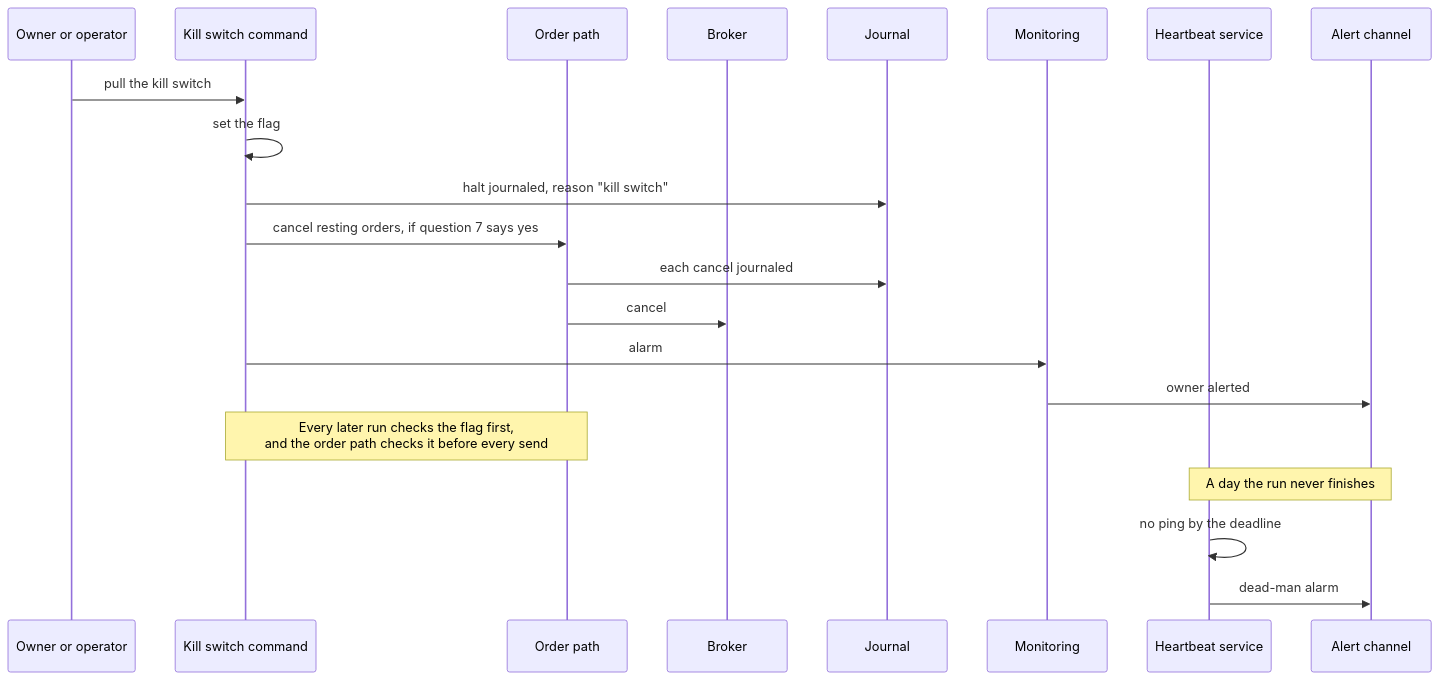
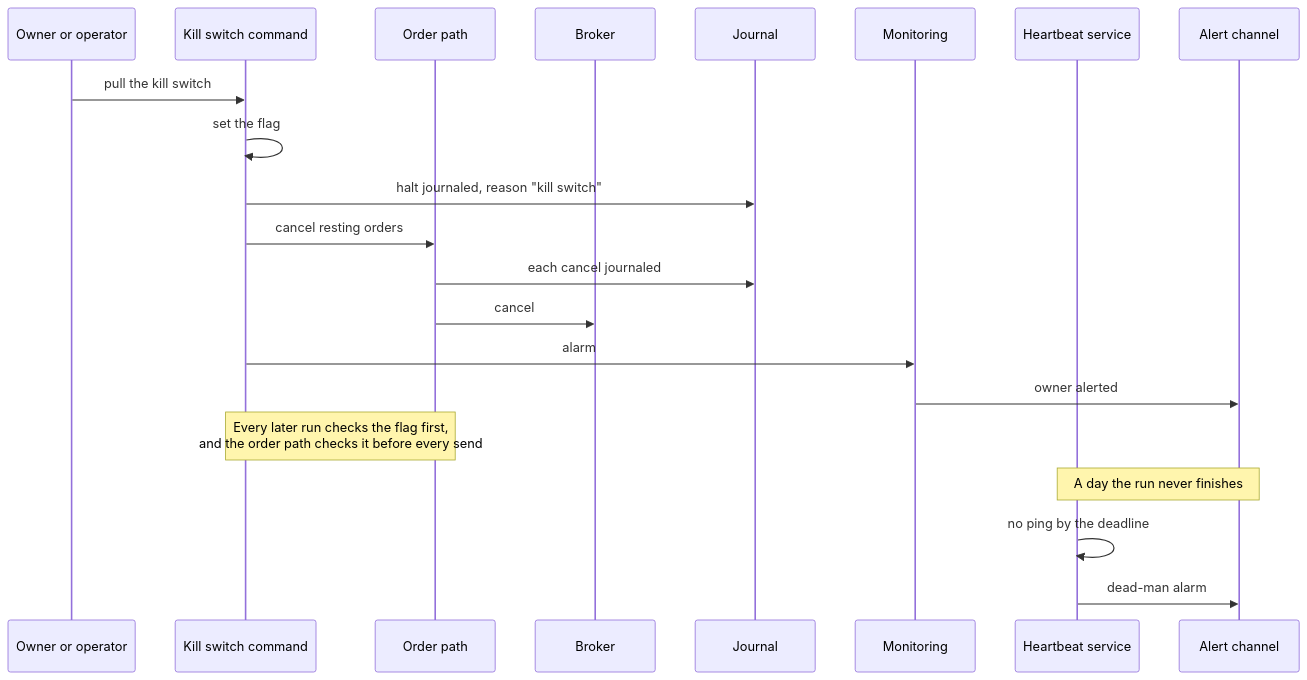
The ninth of 16 diagrams in docs/architecture.md (l3a0/ithildin-runtime), drawn with Mermaid before and after one commit. The commit also changed other lines of this file, not shown here.

First line of the commit message:
docs(architecture): record the owner's answers to questions 7 to 9

````diff
--- a/docs/architecture.md
+++ b/docs/architecture.md
@@ -562,25 +562,25 @@
 ```mermaid
 sequenceDiagram
     participant P as Owner or operator
     participant K as Kill switch command
     participant X as Order path
     participant B as Broker
     participant J as Journal
     participant M as Monitoring
     participant H as Heartbeat service
     participant A as Alert channel
 
     P->>K: pull the kill switch
     K->>K: set the flag
     K->>J: halt journaled, reason "kill switch"
-    K->>X: cancel resting orders, if question 7 says yes
+    K->>X: cancel resting orders
     X->>J: each cancel journaled
     X->>B: cancel
     K->>M: alarm
     M->>A: owner alerted
     Note over K,X: Every later run checks the flag first,<br/>and the order path checks it before every send
 
     Note over H,A: A day the run never finishes
     H->>H: no ping by the deadline
     H->>A: dead-man alarm
 ```
````
